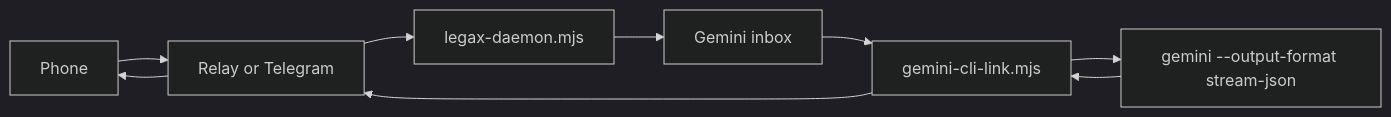
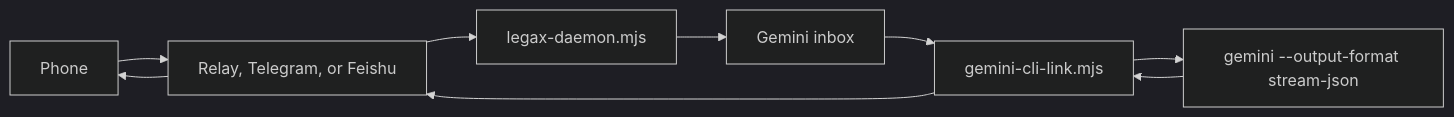
Before and after one commit to zhanex/legax: the fourth of 6 diagrams in docs/ARCHITECTURE.zh-CN.md, drawn with Mermaid (dark theme). The commit also changed other lines of this file and 35 other files, not shown here.

Commit message:
feishu: add app bot transport

````diff
--- a/docs/ARCHITECTURE.zh-CN.md
+++ b/docs/ARCHITECTURE.zh-CN.md
@@ -168,11 +171,11 @@
 ```mermaid
 flowchart LR
-  Phone["Phone"] --> Transport["Relay or Telegram"]
+  Phone["Phone"] --> Transport["Relay, Telegram, or Feishu"]
   Transport --> Daemon["legax-daemon.mjs"]
   Daemon --> Inbox["Gemini inbox"]
   Inbox --> Link["gemini-cli-link.mjs"]
   Link --> Gemini["gemini --output-format stream-json"]
   Gemini --> Link
   Link --> Transport
   Transport --> Phone
 ```
````
